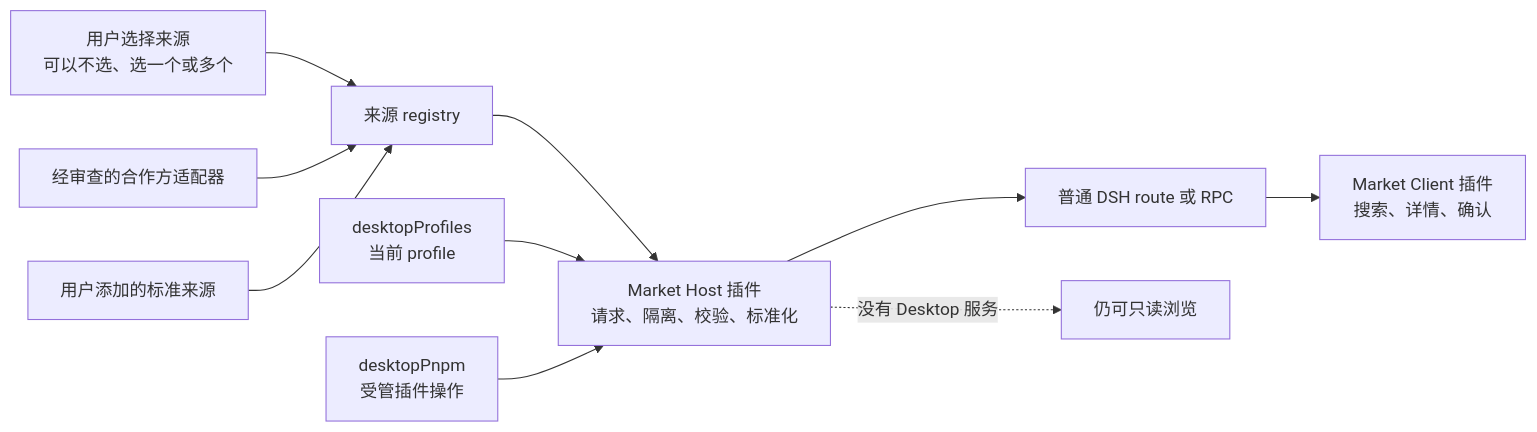
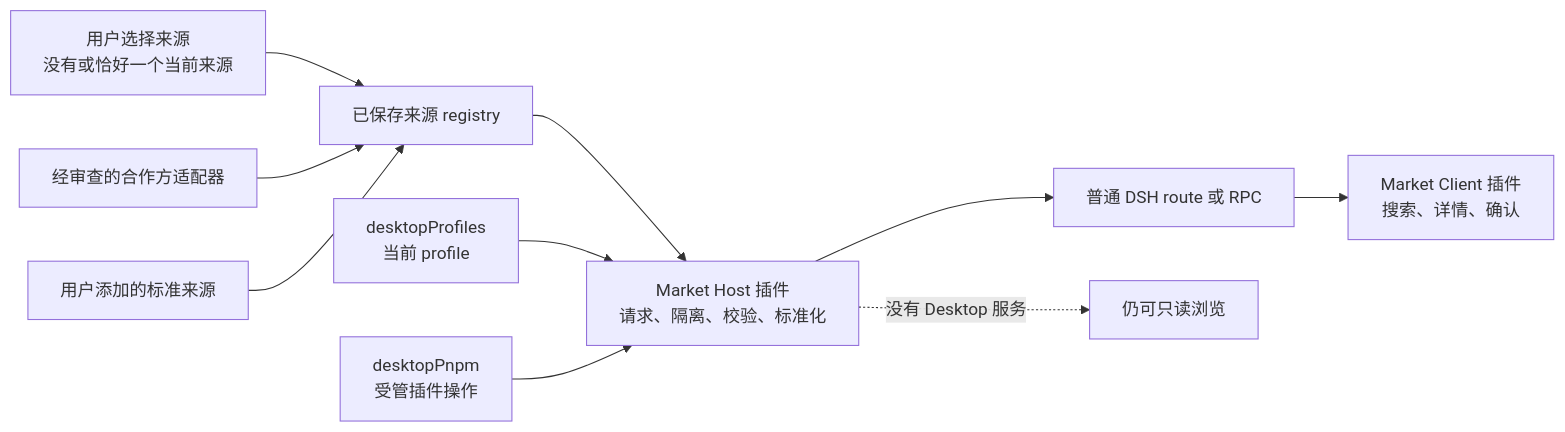
One commit to picoaide/picoaide-harness changed the diagram in dsh-community-market/docs/market-shell.zh.md. Above: the diagram before and after it, drawn with Mermaid. The commit also changed other lines of this file and 35 other files, not shown here.

````diff
--- a/dsh-community-market/docs/market-shell.zh.md
+++ b/dsh-community-market/docs/market-shell.zh.md
@@ -29,12 +29,12 @@
 ```mermaid
 flowchart LR
-    Selection["用户选择来源<br/>可以不选、选一个或多个"] --> Registry["来源 registry"]
+    Selection["用户选择来源<br/>没有或恰好一个当前来源"] --> Registry["已保存来源 registry"]
     Partner["经审查的合作方适配器"] --> Registry
     Standard["用户添加的标准来源"] --> Registry
     Registry --> Host["Market Host 插件<br/>请求、隔离、校验、标准化"]
     Host --> Route["普通 DSH route 或 RPC"]
     Route --> Client["Market Client 插件<br/>搜索、详情、确认"]
     Profiles["desktopProfiles<br/>当前 profile"] --> Host
     Pnpm["desktopPnpm<br/>受管插件操作"] --> Host
     Host -. "没有 Desktop 服务" .-> Browse["仍可只读浏览"]
 ```
````
